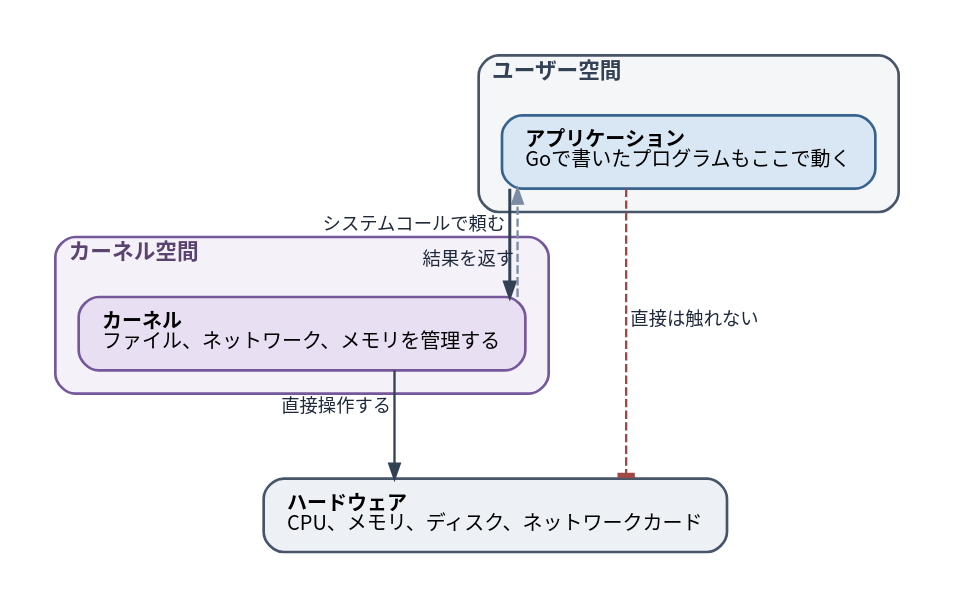
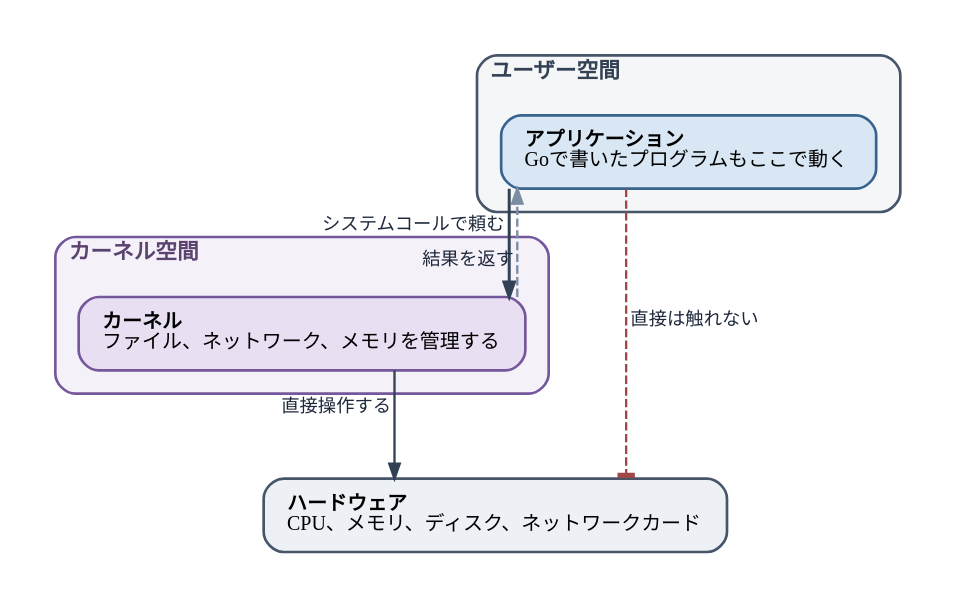
The diagram in diagrams/go-ebpf-primer/20260820-user-kernel-space.dot (ymotongpoo/zenn.dev), drawn with Graphviz before and after one commit. The commit also changed 109 other files, not shown here.

First line of the commit message:
change: 図のフォントをIBM Plex Sans JP / Poppins / JetBrains Monoに整理

```diff
--- a/diagrams/go-ebpf-primer/20260820-user-kernel-space.dot
+++ b/diagrams/go-ebpf-primer/20260820-user-kernel-space.dot
@@ -1,42 +1,42 @@
 // ユーザー空間とカーネル空間
 digraph user_kernel_space {
   graph [
     rankdir=TB, splines=ortho,
-    fontname="Harano Aji Gothic,Noto Sans CJK JP,IPAGothic", fontsize=13,
+    fontname="IBM Plex Sans JP", fontsize=13,
     nodesep=0.9, ranksep=0.9,
     bgcolor="white", pad=0.25
   ];
   node [
-    fontname="Harano Aji Gothic,Noto Sans CJK JP,IPAGothic", fontsize=12,
+    fontname="IBM Plex Sans JP", fontsize=12,
     shape=box, style="rounded,filled",
     fillcolor="#F1F5F9", color="#475569", penwidth=1.6,
     margin="0.2,0.14"
   ];
   edge [
-    fontname="Harano Aji Gothic,Noto Sans CJK JP,IPAGothic", fontsize=11,
+    fontname="IBM Plex Sans JP", fontsize=11,
     color="#334155", penwidth=1.4, arrowsize=0.9,
     fontcolor="#1E293B"
   ];
 
   subgraph cluster_user {
     label=<<b>ユーザー空間</b>>; labeljust="l"; style="rounded"; penwidth=1.6; margin=14;
     color="#475569"; fontcolor="#334155"; bgcolor="#F4F6F8";
     app [label=<<b>アプリケーション</b><br align="left"/>Goで書いたプログラムもここで動く<br align="left"/>>, fillcolor="#D9E7F4", color="#38638F"];
   }
 
   subgraph cluster_kernel {
     label=<<b>カーネル空間</b>>; labeljust="l"; style="rounded"; penwidth=1.6; margin=14;
     color="#75589C"; fontcolor="#5B4370"; bgcolor="#F5F1F9";
     kernel [label=<<b>カーネル</b><br align="left"/>ファイル、ネットワーク、メモリを管理する<br align="left"/>>, fillcolor="#E9DFF2", color="#75589C"];
   }
 
   hw [label=<<b>ハードウェア</b><br align="left"/>CPU、メモリ、ディスク、ネットワークカード<br align="left"/>>, fillcolor="#EDF1F5"];
 
   app -> kernel [penwidth=1.8, xlabel=" システムコールで頼む"];
   kernel -> app [style=dashed, color="#7C8DA3", constraint=false, xlabel=" 結果を返す"];
   kernel -> hw [xlabel=" 直接操作する"];
   // このエッジはcluster_kernelをまたぐため splines=ortho の直角配線が崩れ、
   // 単純な斜め線になる（クラスタをまたぐ辺の既知の制約）。1本の素直な斜め線
   // なので「触れない」という意味の破線としては許容する。
   app -> hw [style=dashed, color="#A04848", arrowhead=tee, xlabel=" 直接は触れない"];
 }
```
